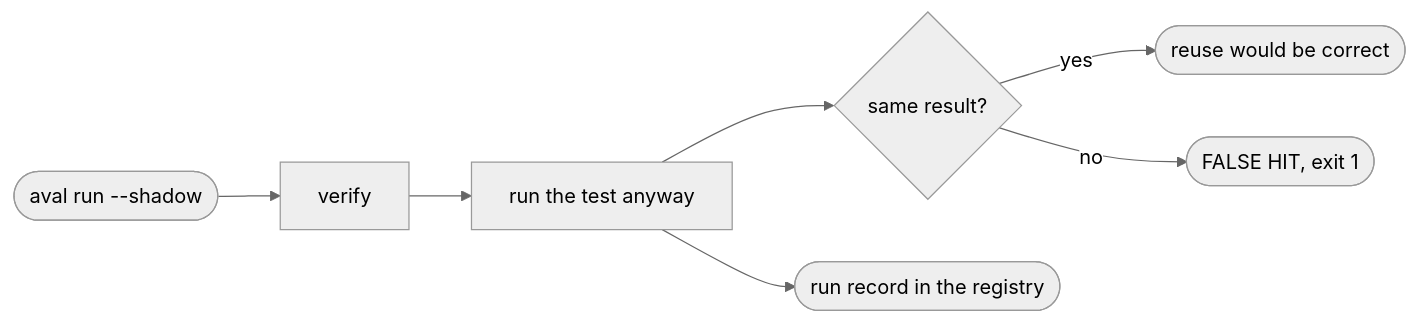
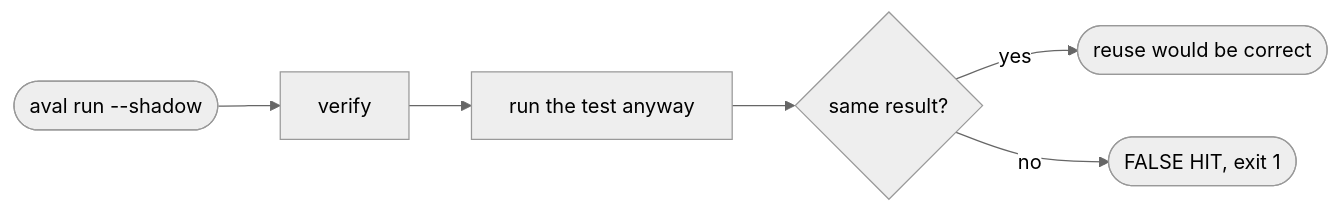
Before and after one commit to TrianaLab/aval: the diagram in docs/guides/measure-reuse.md, drawn with Mermaid (neutral theme). The commit also changed other lines of this file and 48 other files, not shown here.

````diff
--- a/docs/guides/measure-reuse.md
+++ b/docs/guides/measure-reuse.md
@@ -6,8 +6,7 @@
 ```mermaid
 flowchart LR
   run([aval run --shadow]) --> v[verify] --> t[run the test anyway]
   t --> same{same result?}
   same -- yes --> ok([reuse would be correct]):::ok
   same -- no --> fh([FALSE HIT, exit 1]):::err
-  t --> rec([run record in the registry]):::muted
 ```
````
